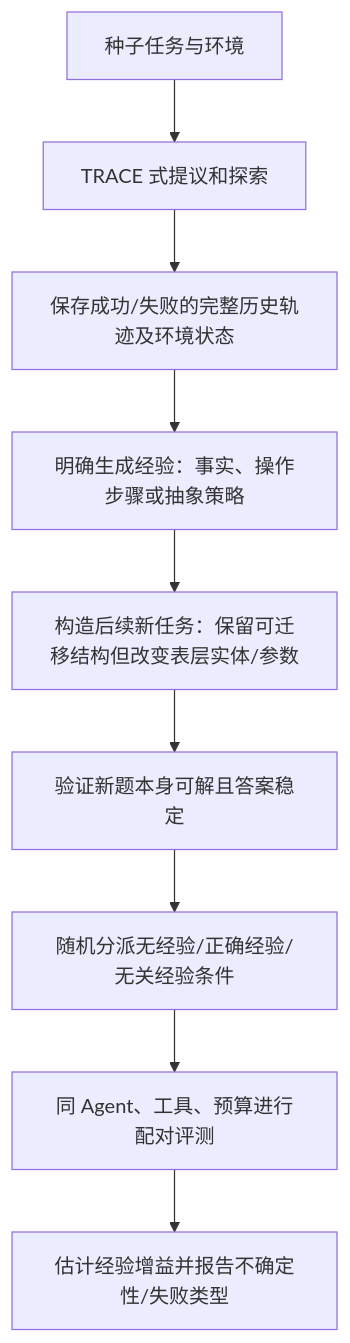
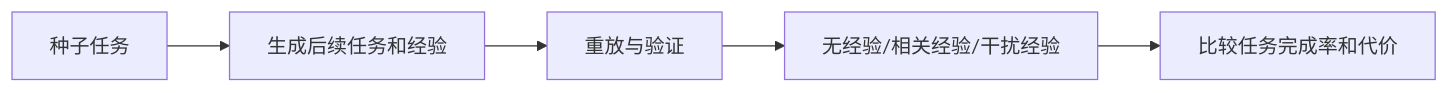
One commit to fan-tian-xing/Ontology changed the second of 2 diagrams in agent经验/Benchmark生成与经验评测.md. Above: the diagram before and after it, drawn with Mermaid. The commit also changed other lines of this file and 1 other file, not shown here.

````diff
--- a/agent经验/Benchmark生成与经验评测.md
+++ b/agent经验/Benchmark生成与经验评测.md
@@ -192,11 +149,7 @@
 ```mermaid
-flowchart TD
- A[种子任务与环境] --> B[TRACE 式提议和探索]
- B --> C[保存成功/失败的完整历史轨迹及环境状态]
- C --> D[明确生成经验：事实、操作步骤或抽象策略]
- D --> E[构造后续新任务：保留可迁移结构但改变表层实体/参数]
- E --> F[验证新题本身可解且答案稳定]
- F --> G[随机分派无经验/正确经验/无关经验条件]
- G --> H[同 Agent、工具、预算进行配对评测]
- H --> I[估计经验增益并报告不确定性/失败类型]
+flowchart LR
+    A[种子任务] --> B[生成后续任务和经验]
+    B --> C[重放与验证]
+    C --> D[无经验/相关经验/干扰经验]
+    D --> E[比较任务完成率和代价]
 ```
````
